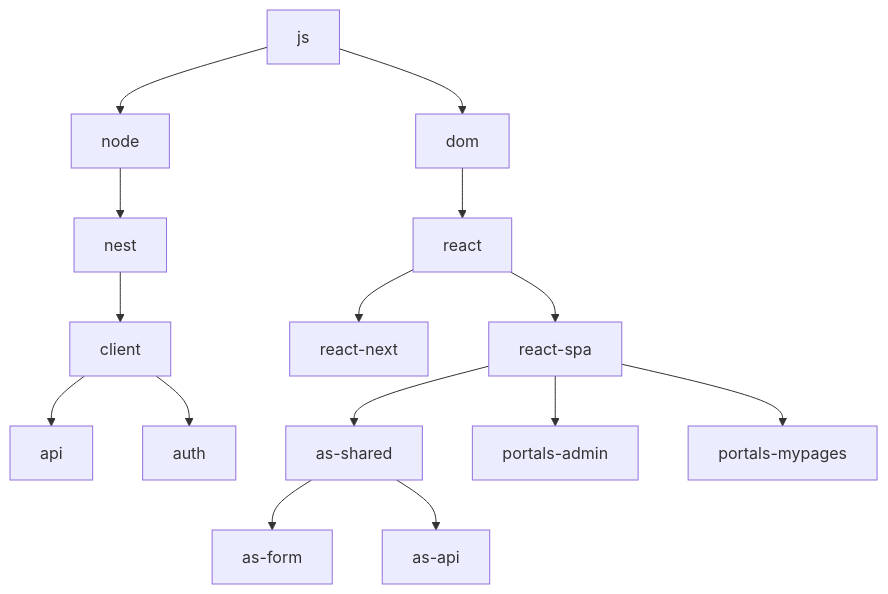
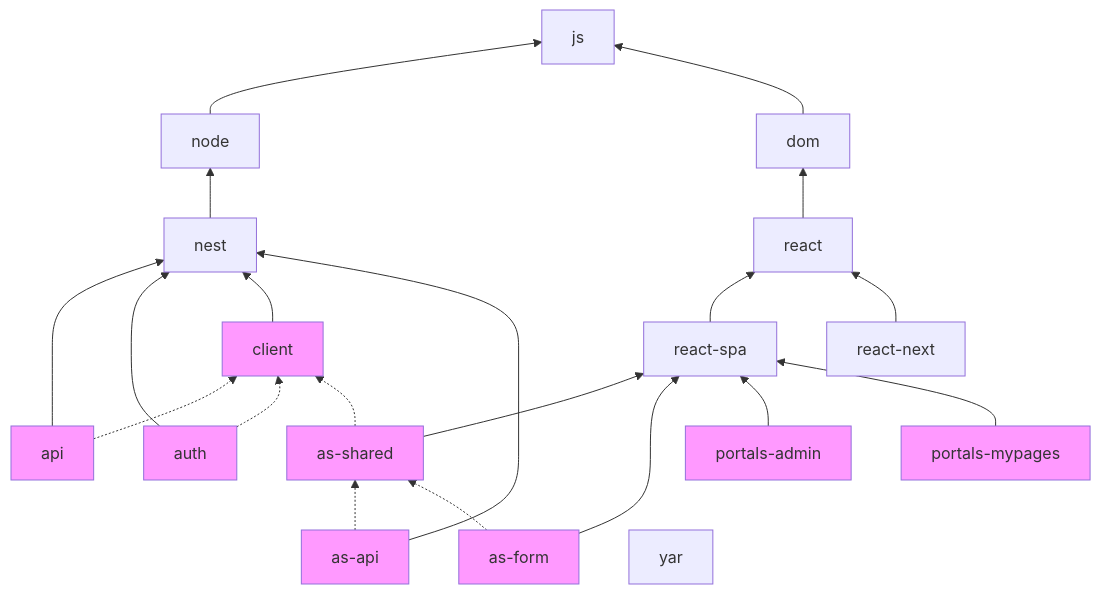
Before and after one commit to island-is/island.is: the diagram in handbook/repository/nx-tags.md, drawn with Mermaid. The commit also changed other lines of this file, not shown here.

````diff
--- a/handbook/repository/nx-tags.md
+++ b/handbook/repository/nx-tags.md
@@ -47,15 +47,21 @@
 ```mermaid
-  flowchart TB;
-    js-->node & dom
+  flowchart BT;
+    %% Generic tags
+    node & dom --> js
+    react --> dom
+    react-spa & react-next --> react
+    nest --> node
 
-    dom--> react
-    node --> nest
+    %% App tags
+    api & auth & client & as-api --> nest
+    as-shared & as-form & portals-admin & portals-mypages --> react-spa
 
-    react--> react-spa & react-next
-    nest-->client
+    classDef appTag fill:#f9f
+    class api,auth,client,as-shared,as-form,as-api,portals-admin,portals-mypages appTag
 
-    client--> api & auth
-    react-spa-->as-shared & portals-admin & portals-mypages
-
-    as-shared-->as-form & as-api
+    %% Shallow dependencies
+    api & auth -.-> client
+    as-shared -.-> client
+    as-api & as-form -.-> as-shared
+yar
 ```
````
